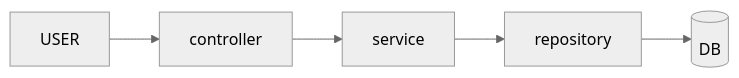
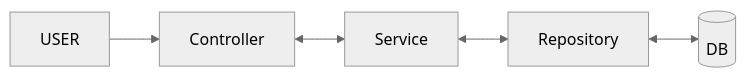
Before and after one commit to potatostore/Obsidian: the first of 3 diagrams in Knowledge/Backend Develop Structure.md, drawn with Mermaid (neutral theme). The commit also changed other lines of this file, not shown here.

````diff
--- a/Knowledge/Backend Develop Structure.md
+++ b/Knowledge/Backend Develop Structure.md
@@ -3,5 +3,4 @@
 ``` mermaid
 graph LR
-	A1["USER"] --> A2["controller"] --> A3["service"] --> A4["repository"] 
-	--> A5[("DB")]
+	A1["USER"] --> A2["Controller"] <--> A3["Service"] <--> A4["Repository"] <--> A5[("DB")]
 ```
````
